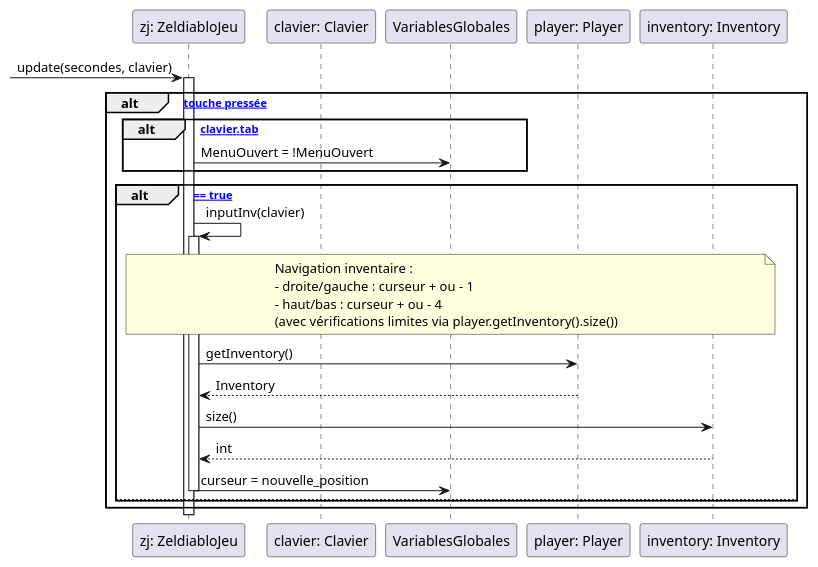
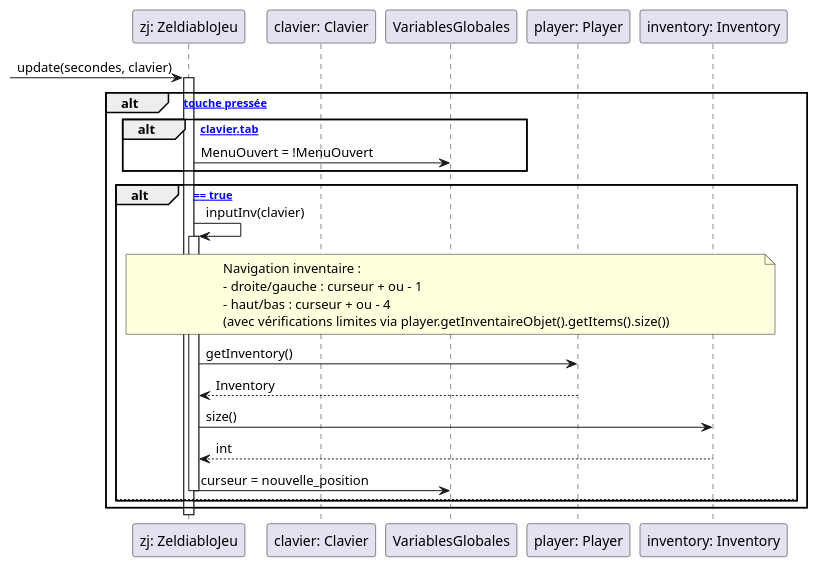
One commit to zonetecde/BUT_S2_2025_Zeldiablo_e22359u_e82916u_e77582u_e85474u changed the diagram in zeldiablo/documents/iteration-2/diagrammes/inventaire/diagramme-sequence-gestion-input-inventaire.puml. Above: the diagram before and after it, drawn with PlantUML. The commit also changed 18 other files, not shown here.

Commit message:
Ajout de la classe inventaire. Update des diagrammes en conséquences. Ajout des anciens diagrammes finaux. Maj des fonctionnalité 5

```diff
--- a/zeldiablo/documents/iteration-2/diagrammes/inventaire/diagramme-sequence-gestion-input-inventaire.puml
+++ b/zeldiablo/documents/iteration-2/diagrammes/inventaire/diagramme-sequence-gestion-input-inventaire.puml
@@ -1,41 +1,41 @@
 @startuml
 
 participant "zj: ZeldiabloJeu" as ZJ
 participant "clavier: Clavier" as Clavier
 participant "VariablesGlobales" as VG
 participant "player: Player" as Player
 participant "inventory: Inventory" as Inventory
 
 -> ZJ : update(secondes, clavier)
 activate ZJ
 
 alt [. touche pressée]
     
     alt [clavier.tab]
         ZJ -> VG : MenuOuvert = !MenuOuvert
     end
     
     alt [MenuOuvert == true]
         ZJ -> ZJ : inputInv(clavier)
         activate ZJ
         
-        note over ZJ, Inventory : Navigation inventaire :\n- droite/gauche : curseur + ou - 1\n- haut/bas : curseur + ou - 4\n(avec vérifications limites via player.getInventory().size())
+        note over ZJ, Inventory : Navigation inventaire :\n- droite/gauche : curseur + ou - 1\n- haut/bas : curseur + ou - 4\n(avec vérifications limites via player.getInventaireObjet().getItems().size())
         
         ZJ -> Player : getInventory()
         Player --> ZJ : Inventory
         
         ZJ -> Inventory : size()
         Inventory --> ZJ : int
         
         ZJ -> VG : curseur = nouvelle_position
         
         deactivate ZJ
     else
         note right : inputLaby(clavier) appelé
     end
     
 end
 
 deactivate ZJ
 
 @enduml
```
